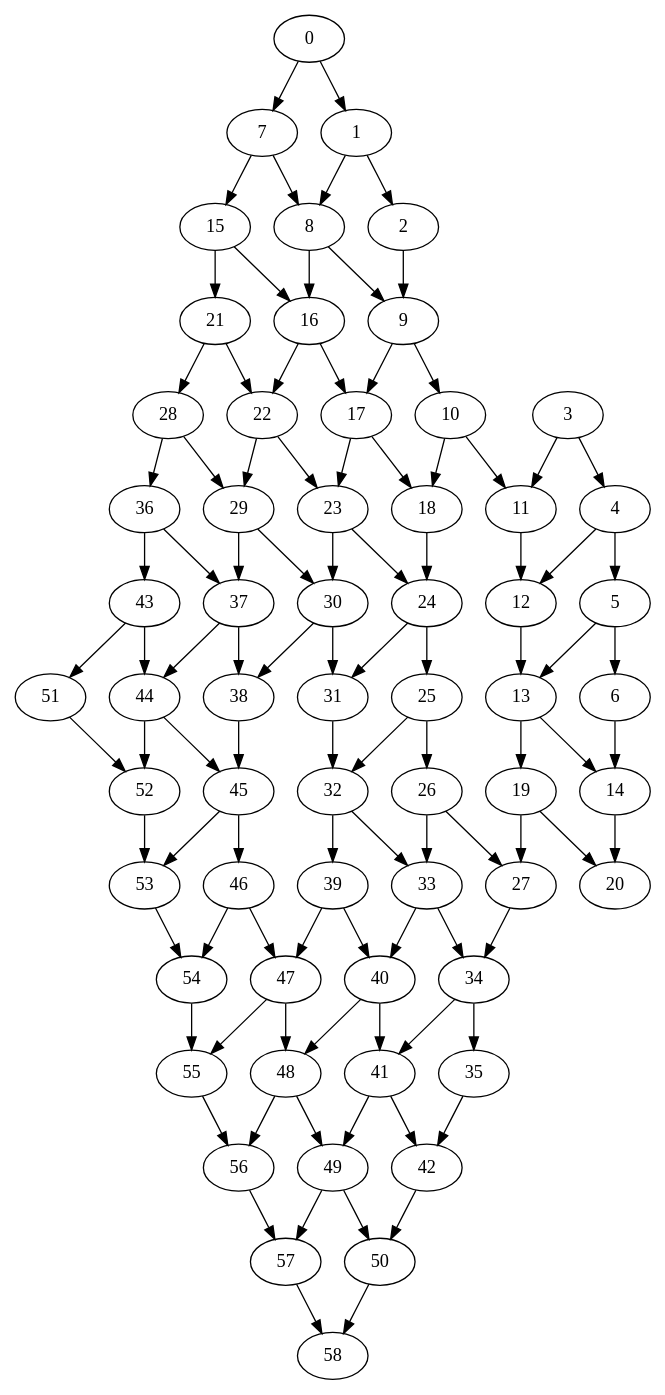
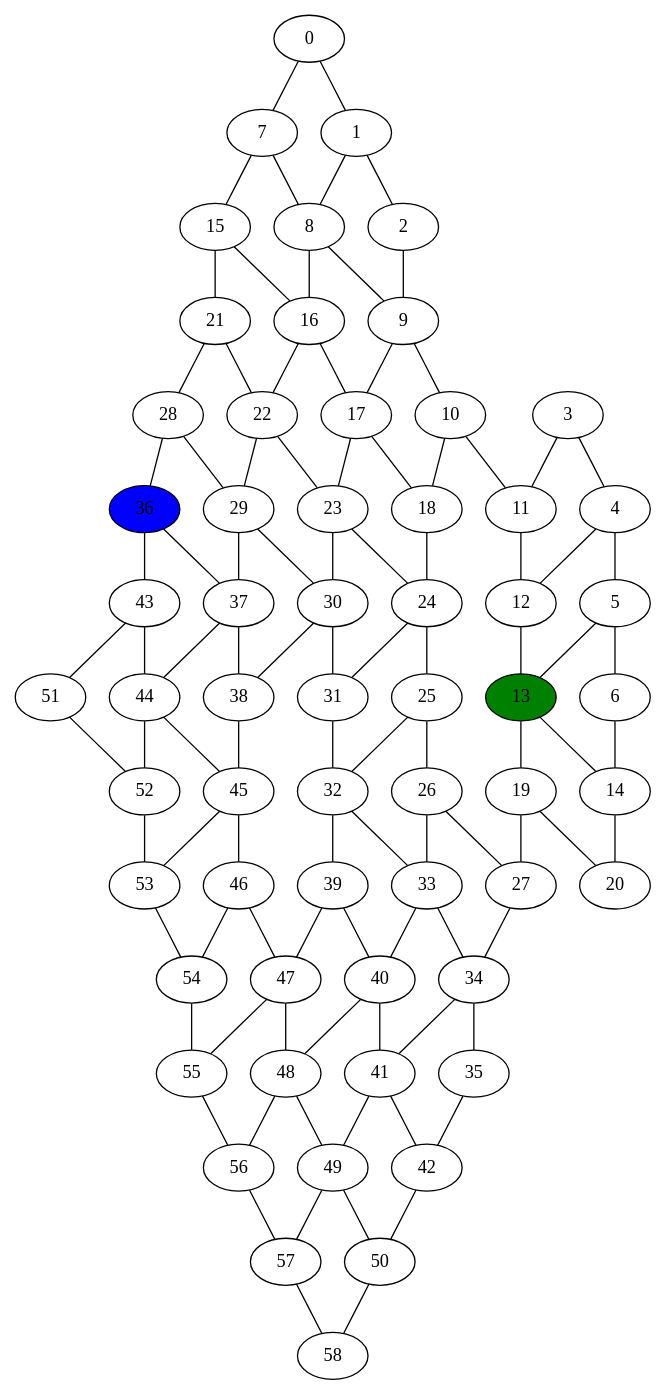
One commit to nox-x/finder changed the diagram in dot/graph59a.txt.dot. Above: the diagram before and after it, drawn with Graphviz. The commit also changed 21 other files, not shown here.

```diff
--- a/dot/graph59a.txt.dot
+++ b/dot/graph59a.txt.dot
@@ -1,97 +1,99 @@
-digraph G {
-0 -> 1
-0 -> 7
-1 -> 2
-1 -> 8
-2 -> 9
-3 -> 4
-3 -> 11
-4 -> 5
-4 -> 12
-5 -> 6
-5 -> 13
-6 -> 14
-7 -> 8
-7 -> 15
-8 -> 9
-8 -> 16
-9 -> 10
-9 -> 17
-10 -> 11
-10 -> 18
-11 -> 12
-12 -> 13
-13 -> 14
-13 -> 19
-14 -> 20
-15 -> 16
-15 -> 21
-16 -> 17
-16 -> 22
-17 -> 18
-17 -> 23
-18 -> 24
-19 -> 20
-19 -> 27
-21 -> 22
-21 -> 28
-22 -> 23
-22 -> 29
-23 -> 24
-23 -> 30
-24 -> 25
-24 -> 31
-25 -> 26
-25 -> 32
-26 -> 27
-26 -> 33
-27 -> 34
-28 -> 29
-28 -> 36
-29 -> 30
-29 -> 37
-30 -> 31
-30 -> 38
-31 -> 32
-32 -> 33
-32 -> 39
-33 -> 34
-33 -> 40
-34 -> 35
-34 -> 41
-35 -> 42
-36 -> 37
-36 -> 43
-37 -> 38
-37 -> 44
-38 -> 45
-39 -> 40
-39 -> 47
-40 -> 41
-40 -> 48
-41 -> 42
-41 -> 49
-42 -> 50
-43 -> 44
-43 -> 51
-44 -> 45
-44 -> 52
-45 -> 46
-45 -> 53
-46 -> 47
-46 -> 54
-47 -> 48
-47 -> 55
-48 -> 49
-48 -> 56
-49 -> 50
-49 -> 57
-50 -> 58
-51 -> 52
-52 -> 53
-53 -> 54
-54 -> 55
-55 -> 56
-56 -> 57
-57 -> 58
+graph G {
+0 -- 1
+0 -- 7
+1 -- 2
+1 -- 8
+2 -- 9
+3 -- 4
+3 -- 11
+4 -- 5
+4 -- 12
+5 -- 6
+5 -- 13
+6 -- 14
+7 -- 8
+7 -- 15
+8 -- 9
+8 -- 16
+9 -- 10
+9 -- 17
+10 -- 11
+10 -- 18
+11 -- 12
+12 -- 13
+13 -- 14
+13 -- 19
+14 -- 20
+15 -- 16
+15 -- 21
+16 -- 17
+16 -- 22
+17 -- 18
+17 -- 23
+18 -- 24
+19 -- 20
+19 -- 27
+21 -- 22
+21 -- 28
+22 -- 23
+22 -- 29
+23 -- 24
+23 -- 30
+24 -- 25
+24 -- 31
+25 -- 26
+25 -- 32
+26 -- 27
+26 -- 33
+27 -- 34
+28 -- 29
+28 -- 36
+29 -- 30
+29 -- 37
+30 -- 31
+30 -- 38
+31 -- 32
+32 -- 33
+32 -- 39
+33 -- 34
+33 -- 40
+34 -- 35
+34 -- 41
+35 -- 42
+36 -- 37
+36 -- 43
+37 -- 38
+37 -- 44
+38 -- 45
+39 -- 40
+39 -- 47
+40 -- 41
+40 -- 48
+41 -- 42
+41 -- 49
+42 -- 50
+43 -- 44
+43 -- 51
+44 -- 45
+44 -- 52
+45 -- 46
+45 -- 53
+46 -- 47
+46 -- 54
+47 -- 48
+47 -- 55
+48 -- 49
+48 -- 56
+49 -- 50
+49 -- 57
+50 -- 58
+51 -- 52
+52 -- 53
+53 -- 54
+54 -- 55
+55 -- 56
+56 -- 57
+57 -- 58
+13 [fillcolor=green, style=filled]
+36 [fillcolor=blue, style=filled]
 }
```
